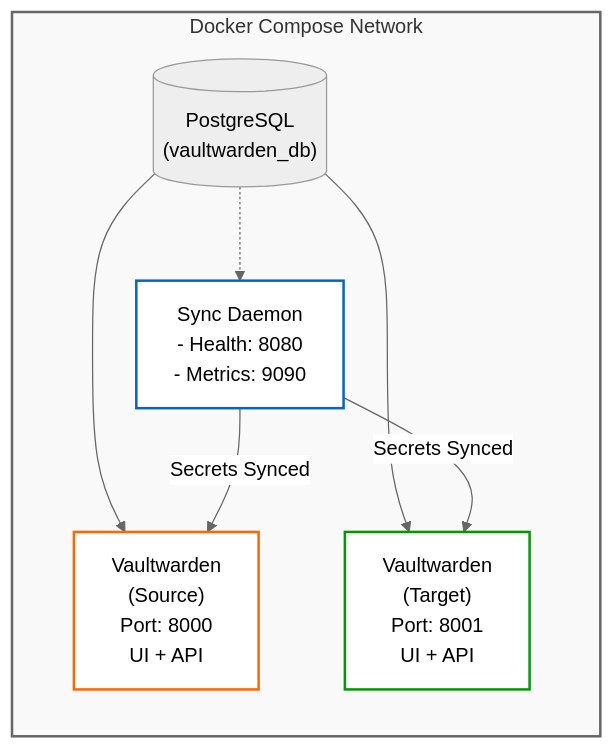
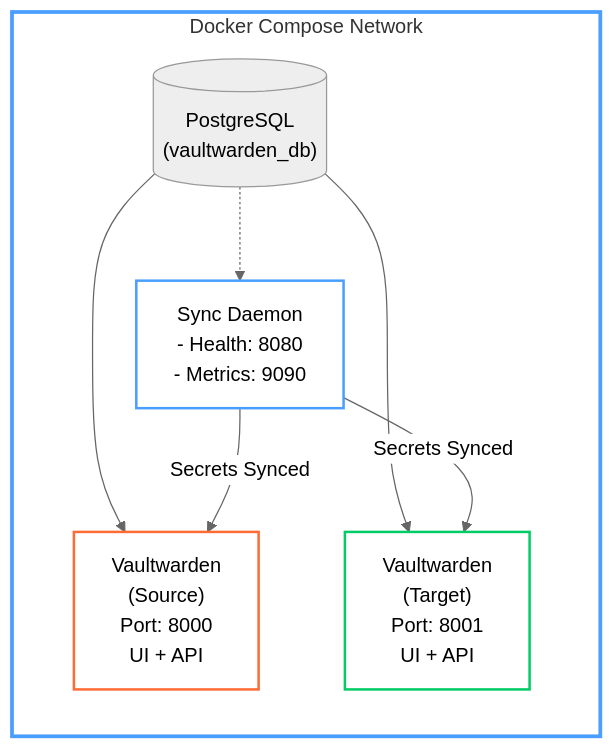
The diagram in docs/development/testing.md (pacorreia/vaults-syncer), drawn with Mermaid (neutral theme) before and after one commit. The commit also changed 2 other files, not shown here.

Commit message:
Use transparent backgrounds and theme-adaptive colors in diagrams

````diff
--- a/docs/development/testing.md
+++ b/docs/development/testing.md
@@ -18,26 +18,26 @@
 ```mermaid
 graph TB
     subgraph network["Docker Compose Network"]
         direction TB
         
         postgres[("PostgreSQL<br/>(vaultwarden_db)")]
         
         daemon["Sync Daemon<br/>- Health: 8080<br/>- Metrics: 9090"]
         
         postgres -.-> daemon
         
         source["Vaultwarden<br/>(Source)<br/>Port: 8000<br/>UI + API"]
         target["Vaultwarden<br/>(Target)<br/>Port: 8001<br/>UI + API"]
         
         postgres --> source
         postgres --> target
         
         daemon -->|Secrets Synced| source
         daemon -->|Secrets Synced| target
     end
     
-    style network fill:#f9f9f9,stroke:#666,stroke-width:2px
-    style daemon fill:#fff,stroke:#0066cc,stroke-width:2px
-    style source fill:#fff,stroke:#ff6600,stroke-width:2px
-    style target fill:#fff,stroke:#009900,stroke-width:2px
+    style network fill:none,stroke:#4a9eff,stroke-width:3px
+    style daemon fill:none,stroke:#4a9eff,stroke-width:2px
+    style source fill:none,stroke:#ff6b35,stroke-width:2px
+    style target fill:none,stroke:#00cc66,stroke-width:2px
 ```
````
